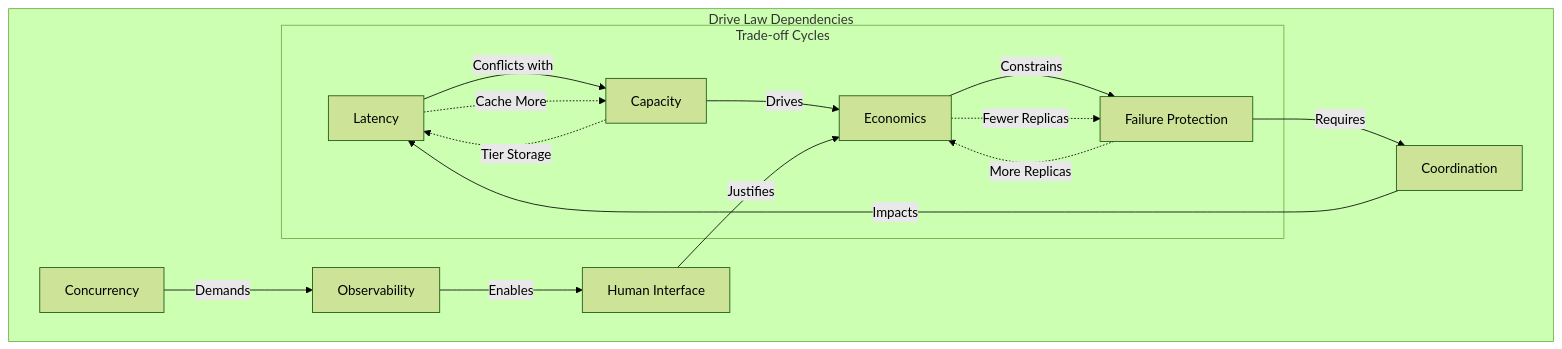
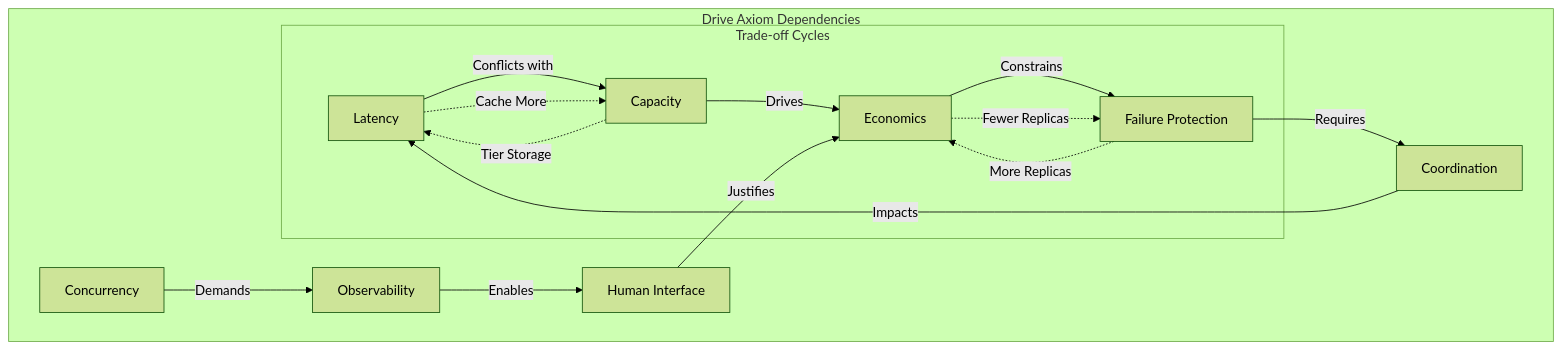
One commit to deepaucksharma/DStudio changed diagram 14 of 28 in docs/case-studies/google-drive.md. Above: the diagram before and after it, drawn with Mermaid (forest theme). The commit also changed other lines of this file and 470 other files, not shown here.

````diff
--- a/docs/case-studies/google-drive.md
+++ b/docs/case-studies/google-drive.md
@@ -362,22 +362,22 @@
 ```mermaid
 graph TB
-    subgraph "Drive Law Dependencies"
+    subgraph "Drive Axiom Dependencies"
         L[Latency] -->|Conflicts with| CAP[Capacity]
         CAP -->|Drives| E[Economics]
         E -->|Constrains| F[Failure Protection]
         
         F -->|Requires| COORD[Coordination]
         COORD -->|Impacts| L
         
         CONC[Concurrency] -->|Demands| O[Observability]
         O -->|Enables| H[Human Interface]
         H -->|Justifies| E
         
         subgraph "Trade-off Cycles"
             L -.->|Cache More| CAP
             CAP -.->|Tier Storage| L
             F -.->|More Replicas| E
             E -.->|Fewer Replicas| F
         end
     end
 ```
````
